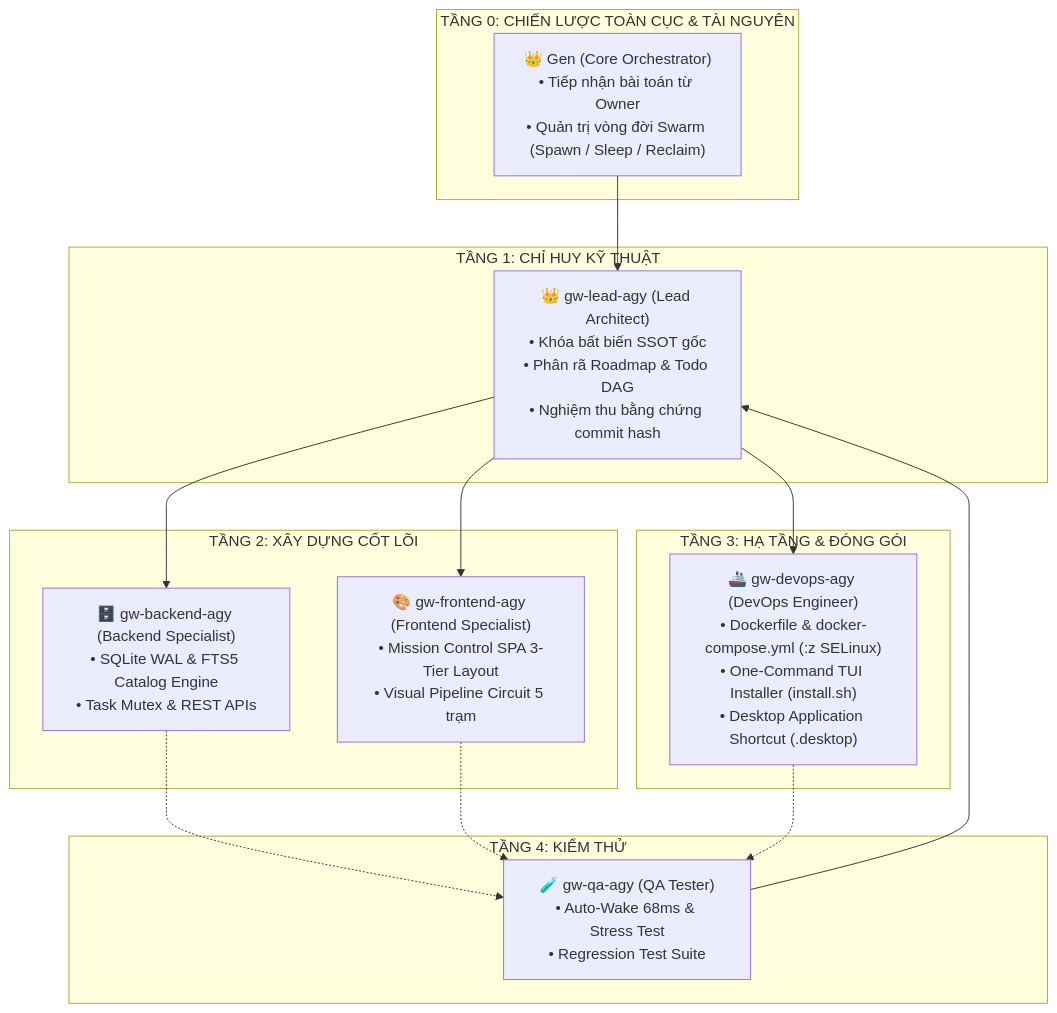
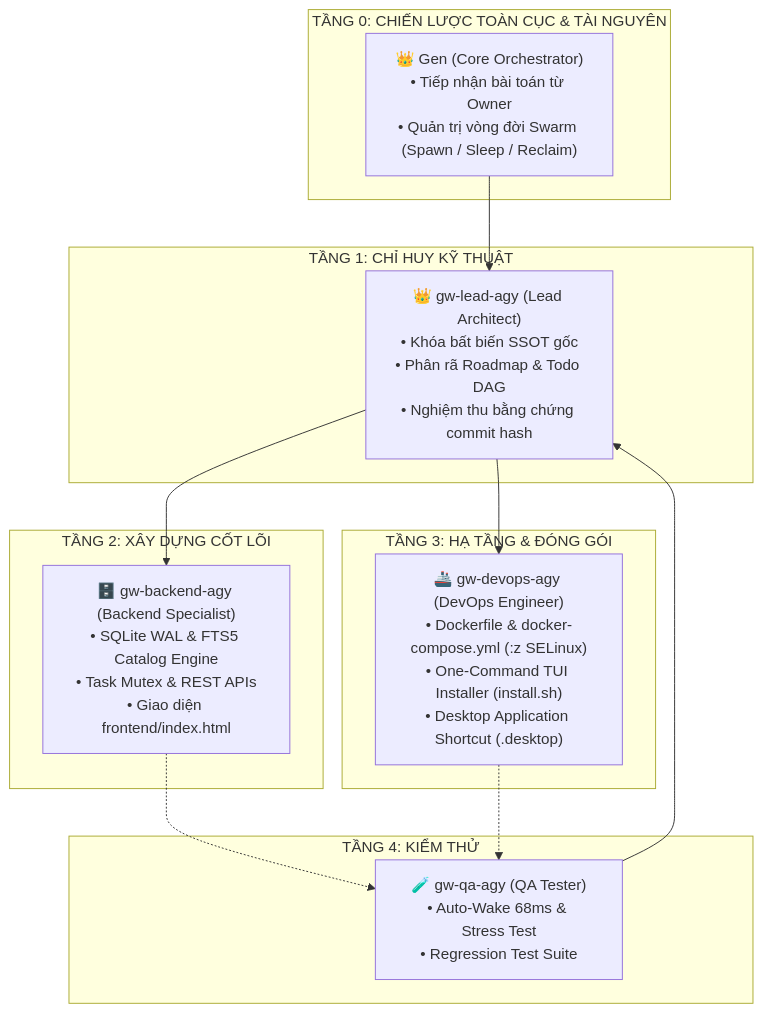
One commit to Genesis-ryan-84-0567536339/gen-workplace changed the diagram in README.md. Above: the diagram before and after it, drawn with Mermaid. The commit also changed 14 other files, not shown here.

First line of the commit message:
Bỏ vai frontend (retired, giữ lịch sử); @frontend trả lỗi rõ; việc giao diện chuyển cho @backend (#39) (#40)

````diff
--- a/README.md
+++ b/README.md
@@ -23,32 +23,29 @@
 ```mermaid
 flowchart TD
     subgraph TIER0["TẦNG 0: CHIẾN LƯỢC TOÀN CỤC & TÀI NGUYÊN"]
         Gen["👑 Gen (Core Orchestrator)<br/>• Tiếp nhận bài toán từ Owner<br/>• Quản trị vòng đời Swarm (Spawn / Sleep / Reclaim)"]
     end
 
     subgraph TIER1["TẦNG 1: CHỈ HUY KỸ THUẬT"]
         Lead["👑 gw-lead-agy (Lead Architect)<br/>• Khóa bất biến SSOT gốc<br/>• Phân rã Roadmap & Todo DAG<br/>• Nghiệm thu bằng chứng commit hash"]
     end
 
     subgraph TIER2["TẦNG 2: XÂY DỰNG CỐT LÕI"]
-        Backend["🗄️ gw-backend-agy (Backend Specialist)<br/>• SQLite WAL & FTS5 Catalog Engine<br/>• Task Mutex & REST APIs"]
-        Frontend["🎨 gw-frontend-agy (Frontend Specialist)<br/>• Mission Control SPA 3-Tier Layout<br/>• Visual Pipeline Circuit 5 trạm"]
+        Backend["🗄️ gw-backend-agy (Backend Specialist)<br/>• SQLite WAL & FTS5 Catalog Engine<br/>• Task Mutex & REST APIs<br/>• Giao diện frontend/index.html"]
     end
 
     subgraph TIER3["TẦNG 3: HẠ TẦNG & ĐÓNG GÓI"]
         DevOps["🚢 gw-devops-agy (DevOps Engineer)<br/>• Dockerfile & docker-compose.yml (:z SELinux)<br/>• One-Command TUI Installer (install.sh)<br/>• Desktop Application Shortcut (.desktop)"]
     end
 
     subgraph TIER4["TẦNG 4: KIỂM THỬ"]
         QA["🧪 gw-qa-agy (QA Tester)<br/>• Auto-Wake 68ms & Stress Test<br/>• Regression Test Suite"]
     end
 
     Gen --> Lead
     Lead --> Backend
-    Lead --> Frontend
     Lead --> DevOps
     Backend -.-> QA
-    Frontend -.-> QA
     DevOps -.-> QA
     QA --> Lead
 ```
````
